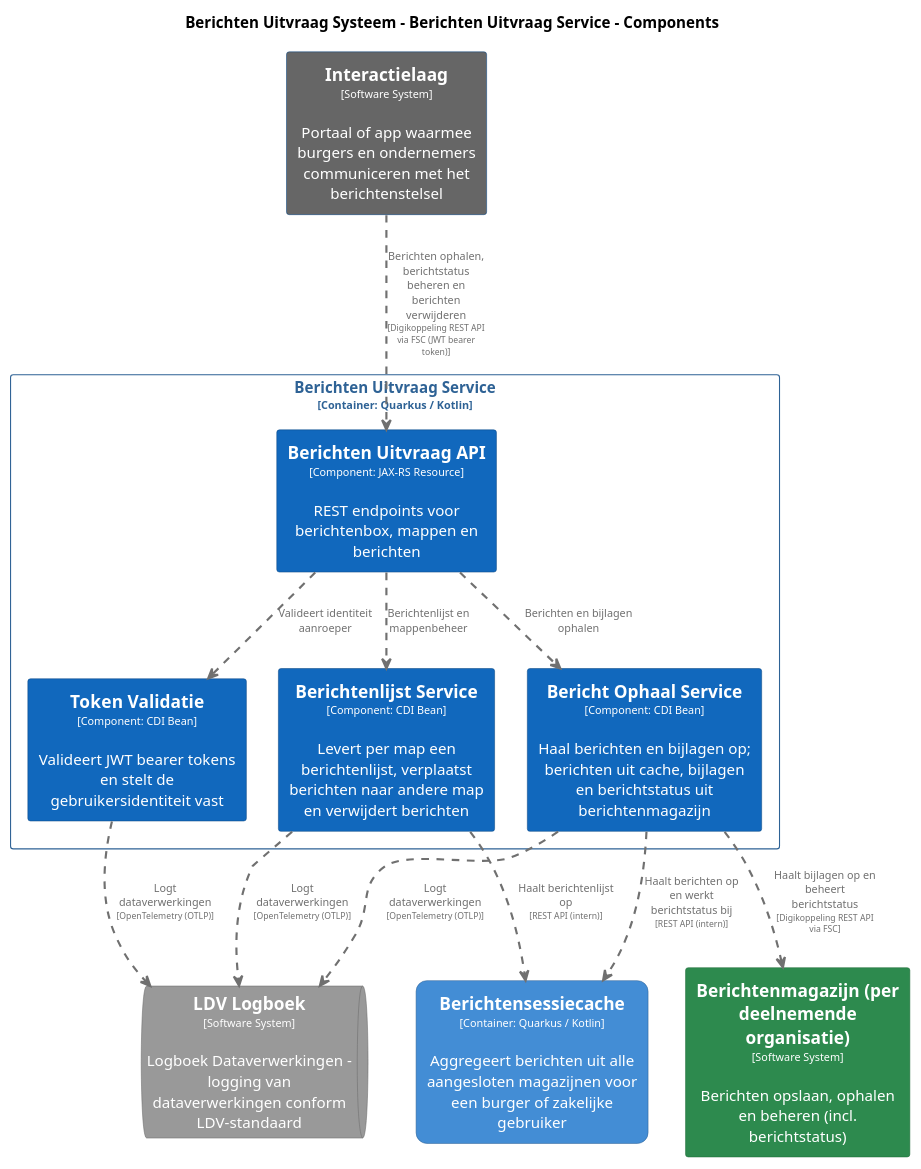
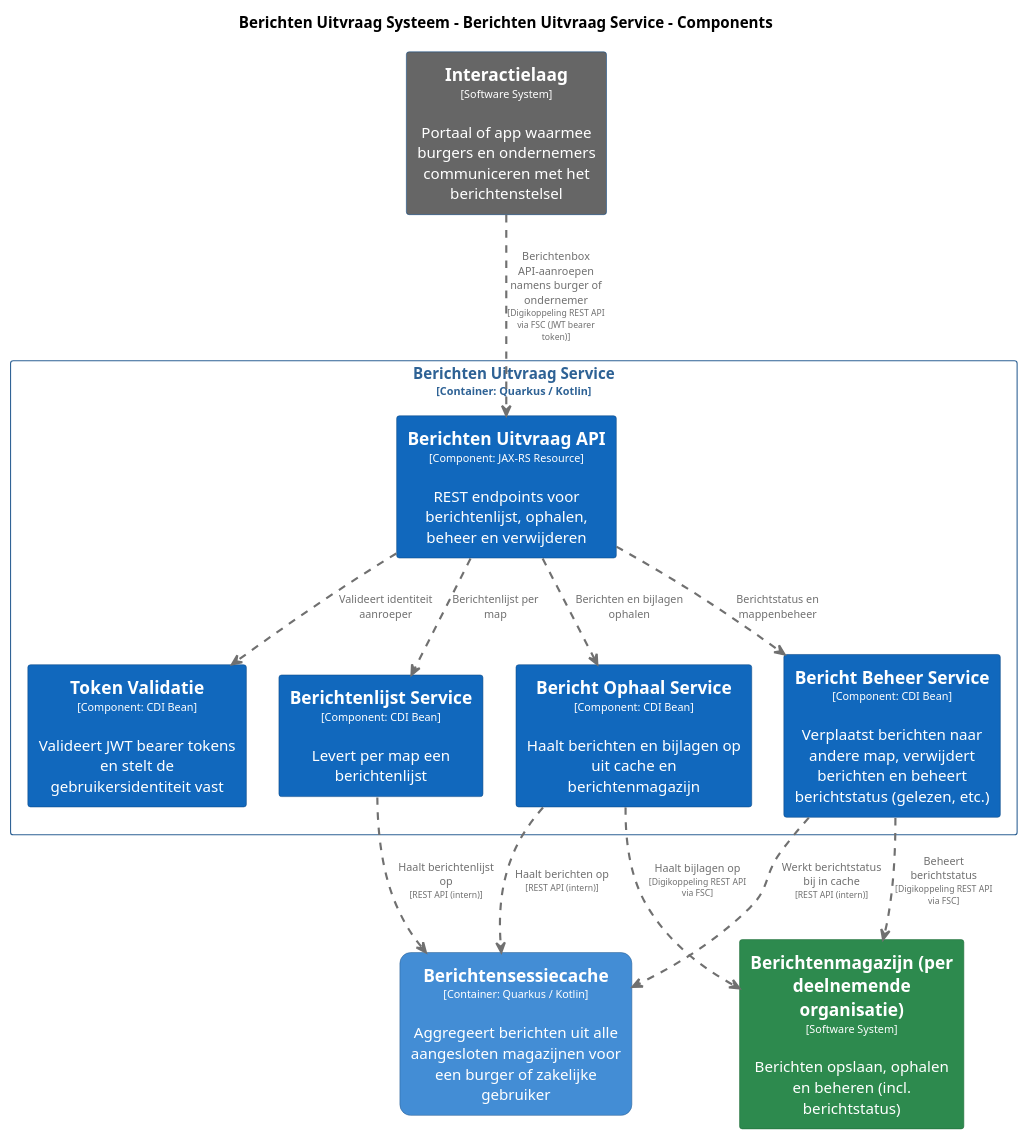
Before and after one commit to MinBZK/moza-poc-fbs-berichtenbox: the diagram in pr-preview/pr-22/master/puml/BerichtenUitvraagServiceComponenten.puml, drawn with PlantUML. The commit also changed 53 other files, not shown here.

```diff
--- a/pr-preview/pr-22/master/puml/BerichtenUitvraagServiceComponenten.puml
+++ b/pr-preview/pr-22/master/puml/BerichtenUitvraagServiceComponenten.puml
@@ -1,95 +1,95 @@
 @startuml
 set separator none
 title Berichten Uitvraag Systeem - Berichten Uitvraag Service - Components
 
 top to bottom direction
 skinparam ranksep 60
 skinparam nodesep 30
 
 skinparam {
   arrowFontSize 10
   defaultTextAlignment center
   wrapWidth 200
   maxMessageSize 100
 }
 
 hide stereotype
 
+skinparam rectangle<<BerichtenUitvraagSysteem.BerichtenUitvraagService.BerichtBeheerService>> {
+  BackgroundColor #1168bd
+  FontColor #ffffff
+  BorderColor #0b4884
+  shadowing false
+}
 skinparam rectangle<<BerichtenUitvraagSysteem.BerichtenUitvraagService.BerichtOphaalService>> {
   BackgroundColor #1168bd
   FontColor #ffffff
   BorderColor #0b4884
   shadowing false
 }
 skinparam rectangle<<BerichtenUitvraagSysteem.BerichtenUitvraagService.BerichtenUitvraagAPI>> {
   BackgroundColor #1168bd
   FontColor #ffffff
   BorderColor #0b4884
   shadowing false
 }
 skinparam rectangle<<BerichtenUitvraagSysteem.BerichtenUitvraagService.BerichtenlijstService>> {
   BackgroundColor #1168bd
   FontColor #ffffff
   BorderColor #0b4884
   shadowing false
 }
 skinparam rectangle<<Berichtenmagazijnperdeelnemendeorganisatie>> {
   BackgroundColor #2d8a4e
   FontColor #ffffff
   BorderColor #1e6b38
   shadowing false
 }
 skinparam rectangle<<BerichtenUitvraagSysteem.Berichtensessiecache>> {
   BackgroundColor #438dd5
   FontColor #ffffff
   BorderColor #2e6295
   roundCorner 20
   shadowing false
 }
 skinparam rectangle<<Interactielaag>> {
   BackgroundColor #666666
   FontColor #ffffff
   BorderColor #0b4884
   shadowing false
 }
-skinparam queue<<LDVLogboek>> {
-  BackgroundColor #999999
-  FontColor #ffffff
-  BorderColor #6b6b6b
-  shadowing false
-}
 skinparam rectangle<<BerichtenUitvraagSysteem.BerichtenUitvraagService.TokenValidatie>> {
   BackgroundColor #1168bd
   FontColor #ffffff
   BorderColor #0b4884
   shadowing false
 }
 skinparam rectangle<<BerichtenUitvraagSysteem.BerichtenUitvraagService>> {
   BorderColor #2e6295
   FontColor #2e6295
   shadowing false
 }
 
 rectangle "==Interactielaag\n<size:10>[Software System]</size>\n\nPortaal of app waarmee burgers en ondernemers communiceren met het berichtenstelsel" <<Interactielaag>> as Interactielaag
 rectangle "==Berichtenmagazijn (per deelnemende organisatie)\n<size:10>[Software System]</size>\n\nBerichten opslaan, ophalen en beheren (incl. berichtstatus)" <<Berichtenmagazijnperdeelnemendeorganisatie>> as Berichtenmagazijnperdeelnemendeorganisatie
 rectangle "==Berichtensessiecache\n<size:10>[Container: Quarkus / Kotlin]</size>\n\nAggregeert berichten uit alle aangesloten magazijnen voor een burger of zakelijke gebruiker" <<BerichtenUitvraagSysteem.Berichtensessiecache>> as BerichtenUitvraagSysteem.Berichtensessiecache
-queue "==LDV Logboek\n<size:10>[Software System]</size>\n\nLogboek Dataverwerkingen - logging van dataverwerkingen conform LDV-standaard" <<LDVLogboek>> as LDVLogboek
 
 rectangle "Berichten Uitvraag Service\n<size:10>[Container: Quarkus / Kotlin]</size>" <<BerichtenUitvraagSysteem.BerichtenUitvraagService>> {
-  rectangle "==Berichten Uitvraag API\n<size:10>[Component: JAX-RS Resource]</size>\n\nREST endpoints voor berichtenbox, mappen en berichten" <<BerichtenUitvraagSysteem.BerichtenUitvraagService.BerichtenUitvraagAPI>> as BerichtenUitvraagSysteem.BerichtenUitvraagService.BerichtenUitvraagAPI
+  rectangle "==Berichten Uitvraag API\n<size:10>[Component: JAX-RS Resource]</size>\n\nREST endpoints voor berichtenlijst, ophalen, beheer en verwijderen" <<BerichtenUitvraagSysteem.BerichtenUitvraagService.BerichtenUitvraagAPI>> as BerichtenUitvraagSysteem.BerichtenUitvraagService.BerichtenUitvraagAPI
   rectangle "==Token Validatie\n<size:10>[Component: CDI Bean]</size>\n\nValideert JWT bearer tokens en stelt de gebruikersidentiteit vast" <<BerichtenUitvraagSysteem.BerichtenUitvraagService.TokenValidatie>> as BerichtenUitvraagSysteem.BerichtenUitvraagService.TokenValidatie
-  rectangle "==Berichtenlijst Service\n<size:10>[Component: CDI Bean]</size>\n\nLevert per map een berichtenlijst, verplaatst berichten naar andere map en verwijdert berichten" <<BerichtenUitvraagSysteem.BerichtenUitvraagService.BerichtenlijstService>> as BerichtenUitvraagSysteem.BerichtenUitvraagService.BerichtenlijstService
-  rectangle "==Bericht Ophaal Service\n<size:10>[Component: CDI Bean]</size>\n\nHaal berichten en bijlagen op; berichten uit cache, bijlagen en berichtstatus uit berichtenmagazijn" <<BerichtenUitvraagSysteem.BerichtenUitvraagService.BerichtOphaalService>> as BerichtenUitvraagSysteem.BerichtenUitvraagService.BerichtOphaalService
+  rectangle "==Berichtenlijst Service\n<size:10>[Component: CDI Bean]</size>\n\nLevert per map een berichtenlijst" <<BerichtenUitvraagSysteem.BerichtenUitvraagService.BerichtenlijstService>> as BerichtenUitvraagSysteem.BerichtenUitvraagService.BerichtenlijstService
+  rectangle "==Bericht Ophaal Service\n<size:10>[Component: CDI Bean]</size>\n\nHaalt berichten en bijlagen op uit cache en berichtenmagazijn" <<BerichtenUitvraagSysteem.BerichtenUitvraagService.BerichtOphaalService>> as BerichtenUitvraagSysteem.BerichtenUitvraagService.BerichtOphaalService
+  rectangle "==Bericht Beheer Service\n<size:10>[Component: CDI Bean]</size>\n\nVerplaatst berichten naar andere map, verwijdert berichten en beheert berichtstatus (gelezen, etc.)" <<BerichtenUitvraagSysteem.BerichtenUitvraagService.BerichtBeheerService>> as BerichtenUitvraagSysteem.BerichtenUitvraagService.BerichtBeheerService
 }
 
-BerichtenUitvraagSysteem.BerichtenUitvraagService.TokenValidatie .[#707070,thickness=2].> LDVLogboek : "<color:#707070>Logt dataverwerkingen\n<color:#707070><size:8>[OpenTelemetry (OTLP)]</size>"
-BerichtenUitvraagSysteem.BerichtenUitvraagService.BerichtenlijstService .[#707070,thickness=2].> LDVLogboek : "<color:#707070>Logt dataverwerkingen\n<color:#707070><size:8>[OpenTelemetry (OTLP)]</size>"
-BerichtenUitvraagSysteem.BerichtenUitvraagService.BerichtOphaalService .[#707070,thickness=2].> LDVLogboek : "<color:#707070>Logt dataverwerkingen\n<color:#707070><size:8>[OpenTelemetry (OTLP)]</size>"
 BerichtenUitvraagSysteem.BerichtenUitvraagService.BerichtenUitvraagAPI .[#707070,thickness=2].> BerichtenUitvraagSysteem.BerichtenUitvraagService.TokenValidatie : "<color:#707070>Valideert identiteit aanroeper"
-BerichtenUitvraagSysteem.BerichtenUitvraagService.BerichtenUitvraagAPI .[#707070,thickness=2].> BerichtenUitvraagSysteem.BerichtenUitvraagService.BerichtenlijstService : "<color:#707070>Berichtenlijst en mappenbeheer"
+BerichtenUitvraagSysteem.BerichtenUitvraagService.BerichtenUitvraagAPI .[#707070,thickness=2].> BerichtenUitvraagSysteem.BerichtenUitvraagService.BerichtenlijstService : "<color:#707070>Berichtenlijst per map"
 BerichtenUitvraagSysteem.BerichtenUitvraagService.BerichtenUitvraagAPI .[#707070,thickness=2].> BerichtenUitvraagSysteem.BerichtenUitvraagService.BerichtOphaalService : "<color:#707070>Berichten en bijlagen ophalen"
-BerichtenUitvraagSysteem.BerichtenUitvraagService.BerichtOphaalService .[#707070,thickness=2].> BerichtenUitvraagSysteem.Berichtensessiecache : "<color:#707070>Haalt berichten op en werkt berichtstatus bij\n<color:#707070><size:8>[REST API (intern)]</size>"
+BerichtenUitvraagSysteem.BerichtenUitvraagService.BerichtenUitvraagAPI .[#707070,thickness=2].> BerichtenUitvraagSysteem.BerichtenUitvraagService.BerichtBeheerService : "<color:#707070>Berichtstatus en mappenbeheer"
+BerichtenUitvraagSysteem.BerichtenUitvraagService.BerichtOphaalService .[#707070,thickness=2].> BerichtenUitvraagSysteem.Berichtensessiecache : "<color:#707070>Haalt berichten op\n<color:#707070><size:8>[REST API (intern)]</size>"
 BerichtenUitvraagSysteem.BerichtenUitvraagService.BerichtenlijstService .[#707070,thickness=2].> BerichtenUitvraagSysteem.Berichtensessiecache : "<color:#707070>Haalt berichtenlijst op\n<color:#707070><size:8>[REST API (intern)]</size>"
-Interactielaag .[#707070,thickness=2].> BerichtenUitvraagSysteem.BerichtenUitvraagService.BerichtenUitvraagAPI : "<color:#707070>Berichten ophalen, berichtstatus beheren en berichten verwijderen\n<color:#707070><size:8>[Digikoppeling REST API via FSC (JWT bearer token)]</size>"
-BerichtenUitvraagSysteem.BerichtenUitvraagService.BerichtOphaalService .[#707070,thickness=2].> Berichtenmagazijnperdeelnemendeorganisatie : "<color:#707070>Haalt bijlagen op en beheert berichtstatus\n<color:#707070><size:8>[Digikoppeling REST API via FSC]</size>"
+BerichtenUitvraagSysteem.BerichtenUitvraagService.BerichtBeheerService .[#707070,thickness=2].> BerichtenUitvraagSysteem.Berichtensessiecache : "<color:#707070>Werkt berichtstatus bij in cache\n<color:#707070><size:8>[REST API (intern)]</size>"
+Interactielaag .[#707070,thickness=2].> BerichtenUitvraagSysteem.BerichtenUitvraagService.BerichtenUitvraagAPI : "<color:#707070>Berichtenbox API-aanroepen namens burger of ondernemer\n<color:#707070><size:8>[Digikoppeling REST API via FSC (JWT bearer token)]</size>"
+BerichtenUitvraagSysteem.BerichtenUitvraagService.BerichtOphaalService .[#707070,thickness=2].> Berichtenmagazijnperdeelnemendeorganisatie : "<color:#707070>Haalt bijlagen op\n<color:#707070><size:8>[Digikoppeling REST API via FSC]</size>"
+BerichtenUitvraagSysteem.BerichtenUitvraagService.BerichtBeheerService .[#707070,thickness=2].> Berichtenmagazijnperdeelnemendeorganisatie : "<color:#707070>Beheert berichtstatus\n<color:#707070><size:8>[Digikoppeling REST API via FSC]</size>"
 @enduml
```
